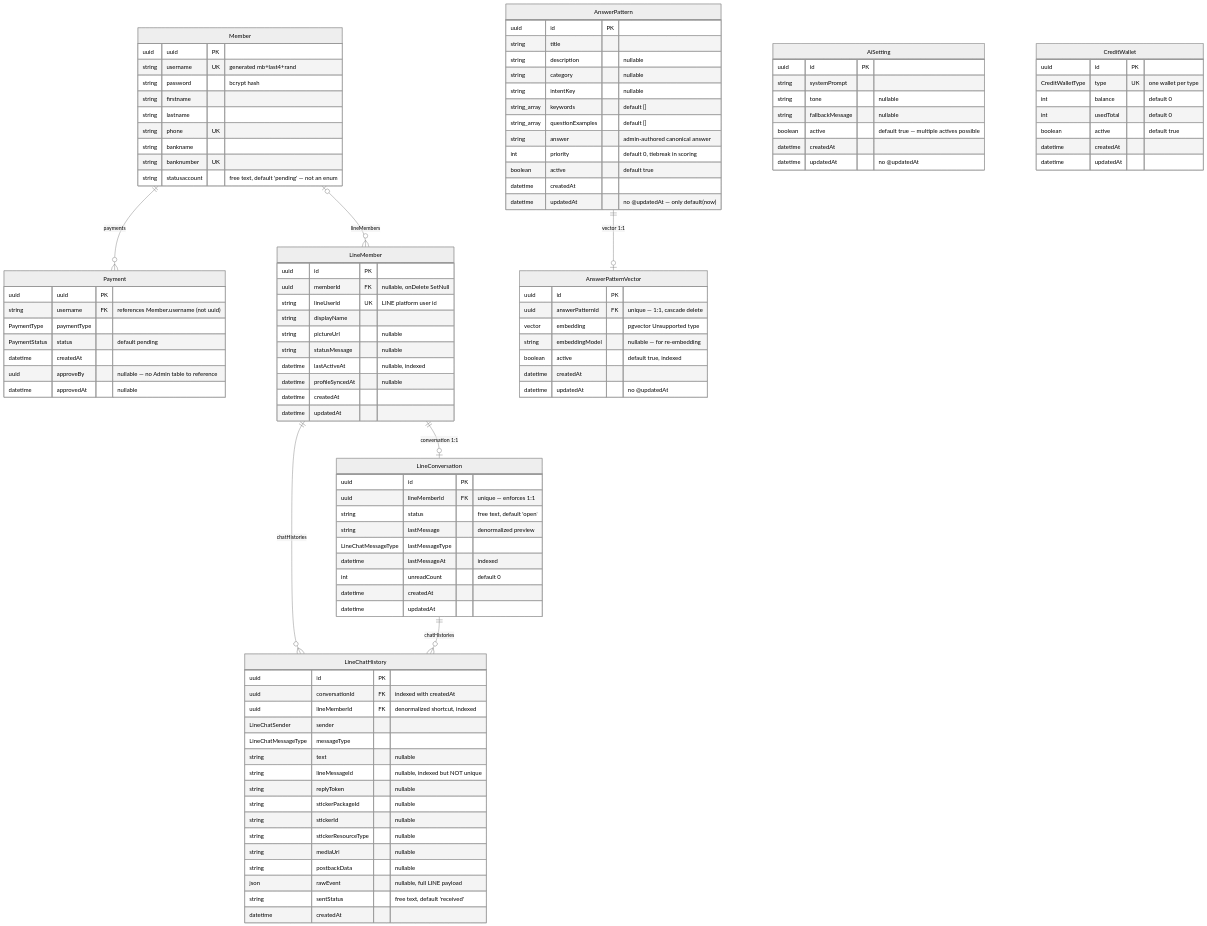
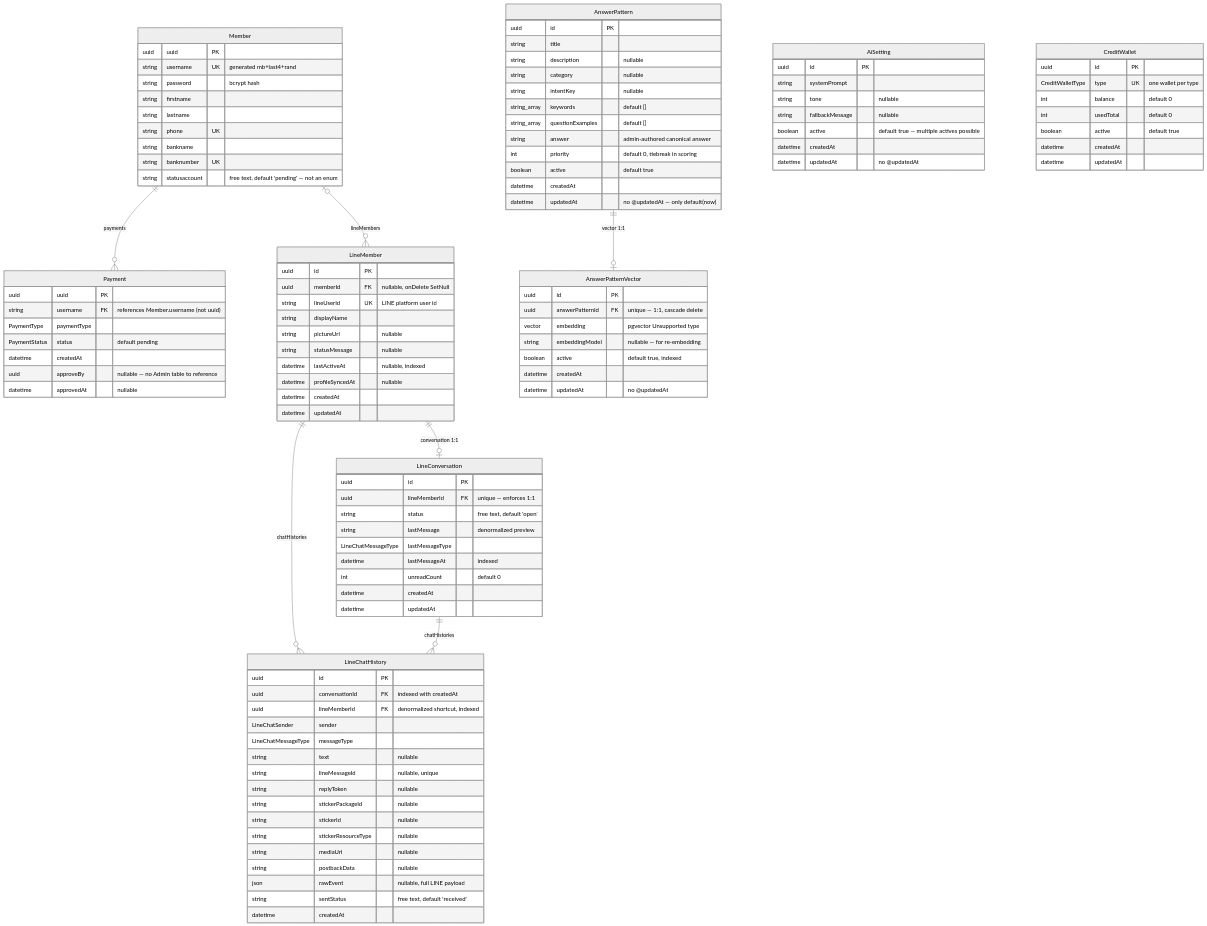
One commit to Codeine999/chatbot-agents changed the diagram in docs/erd-database.md. Above: the diagram before and after it, drawn with Mermaid (neutral theme). The commit also changed other lines of this file and 15 other files, not shown here.

```diff
--- a/docs/erd-database.md
+++ b/docs/erd-database.md
@@ -60,7 +60,7 @@
         LineChatSender sender
         LineChatMessageType messageType
         string text "nullable"
-        string lineMessageId "nullable, indexed but NOT unique"
+        string lineMessageId "nullable, unique"
         string replyToken "nullable"
         string stickerPackageId "nullable"
         string stickerId "nullable"
```
